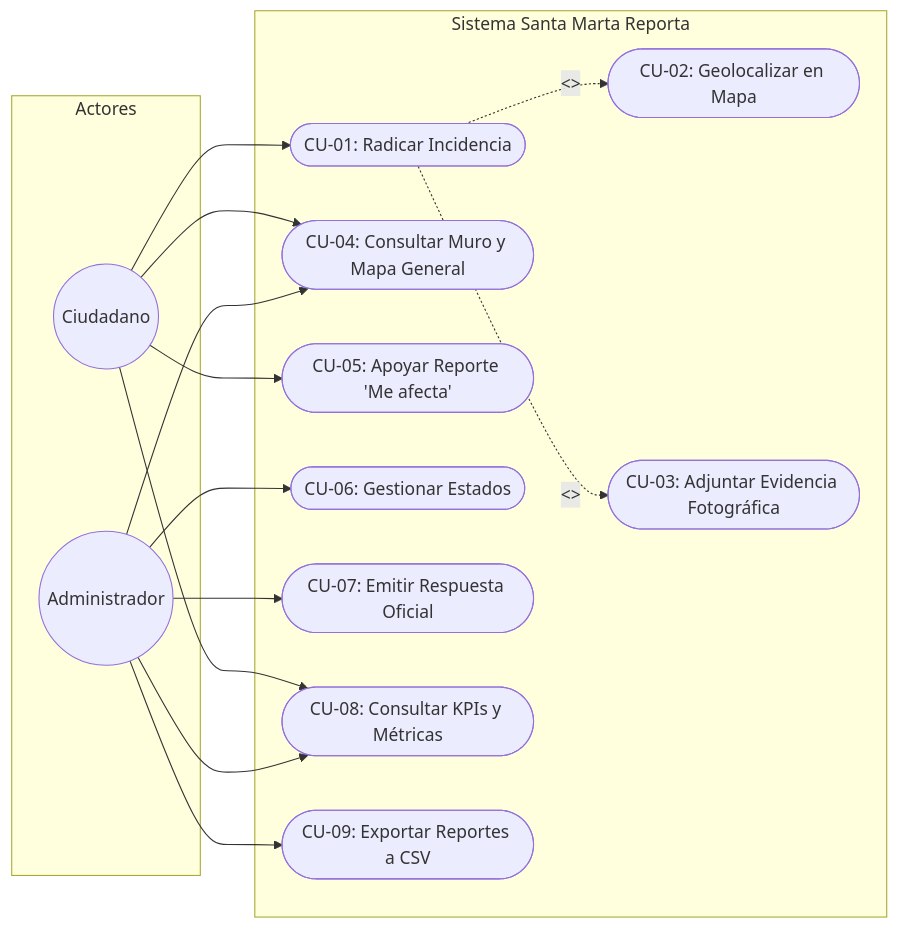
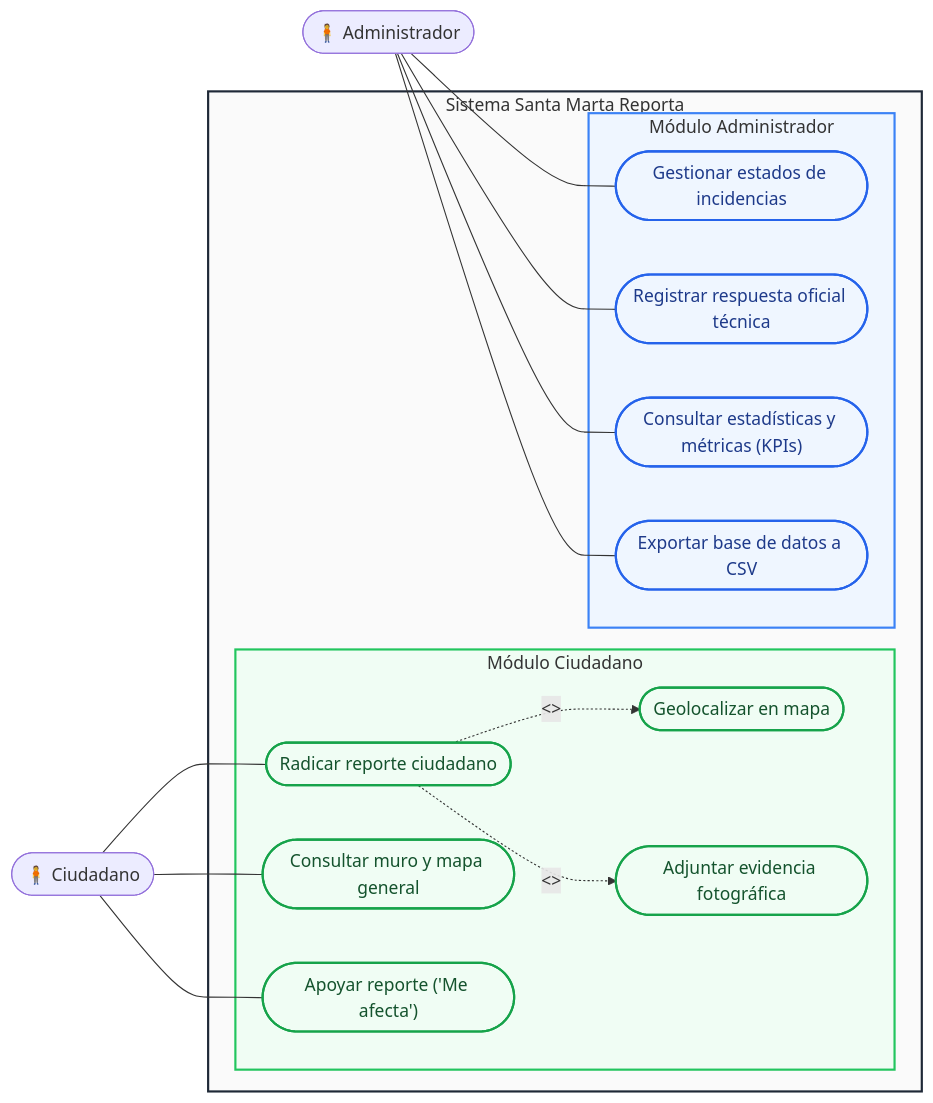
The third of 6 diagrams in docs/DOCUMENTO_SEGUNDO_SEGUIMIENTO.md (FabianAndres052/Santa-Marta-Reporta.), drawn with Mermaid before and after one commit. The commit also changed other lines of this file and 2 other files, not shown here.

Commit message:
docs: diagrama de casos de uso UML adaptado a la plantilla visual

````diff
--- a/docs/DOCUMENTO_SEGUNDO_SEGUIMIENTO.md
+++ b/docs/DOCUMENTO_SEGUNDO_SEGUIMIENTO.md
@@ -382,32 +384,42 @@
 ```mermaid
 flowchart LR
-    subgraph Actores
-        Ciudadano((Ciudadano))
-        Admin((Administrador))
+    %% Actores
+    Ciudadano(["🧍 Ciudadano"])
+    Admin(["🧍 Administrador"])
+
+    subgraph Sistema ["Sistema Santa Marta Reporta"]
+        subgraph ModCiudadano ["Módulo Ciudadano"]
+            UC1(["Radicar reporte ciudadano"]):::greenUC
+            UC2(["Geolocalizar en mapa"]):::greenUC
+            UC3(["Adjuntar evidencia fotográfica"]):::greenUC
+            UC4(["Consultar muro y mapa general"]):::greenUC
+            UC5(["Apoyar reporte ('Me afecta')"]):::greenUC
+        end
+
+        subgraph ModAdmin ["Módulo Administrador"]
+            UC6(["Gestionar estados de incidencias"]):::blueUC
+            UC7(["Registrar respuesta oficial técnica"]):::blueUC
+            UC8(["Consultar estadísticas y métricas (KPIs)"]):::blueUC
+            UC9(["Exportar base de datos a CSV"]):::blueUC
+        end
     end
 
-    subgraph "Sistema Santa Marta Reporta"
-        UC1([CU-01: Radicar Incidencia])
-        UC2([CU-02: Geolocalizar en Mapa])
-        UC3([CU-03: Adjuntar Evidencia Fotográfica])
-        UC4([CU-04: Consultar Muro y Mapa General])
-        UC5([CU-05: Apoyar Reporte 'Me afecta'])
-        UC6([CU-06: Gestionar Estados])
-        UC7([CU-07: Emitir Respuesta Oficial])
-        UC8([CU-08: Consultar KPIs y Métricas])
-        UC9([CU-09: Exportar Reportes a CSV])
-    end
-
-    Ciudadano --> UC1
-    Ciudadano --> UC4
-    Ciudadano --> UC5
-    Ciudadano --> UC8
+    %% Asociaciones Ciudadano
+    Ciudadano --- UC1
+    Ciudadano --- UC4
+    Ciudadano --- UC5
     UC1 -.->|<<include>>| UC2
     UC1 -.->|<<include>>| UC3
 
-    Admin --> UC4
-    Admin --> UC6
-    Admin --> UC7
-    Admin --> UC8
-    Admin --> UC9
+    %% Asociaciones Administrador
+    Admin --- UC6
+    Admin --- UC7
+    Admin --- UC8
+    Admin --- UC9
+
+    classDef greenUC fill:#f0fdf4,stroke:#16a34a,stroke-width:2px,color:#14532d;
+    classDef blueUC fill:#eff6ff,stroke:#2563eb,stroke-width:2px,color:#1e3a8a;
+    style ModCiudadano fill:#f0fdf4,stroke:#22c55e,stroke-width:2px;
+    style ModAdmin fill:#eff6ff,stroke:#3b82f6,stroke-width:2px;
+    style Sistema fill:#fafafa,stroke:#1f2937,stroke-width:2px;
 ```
````
